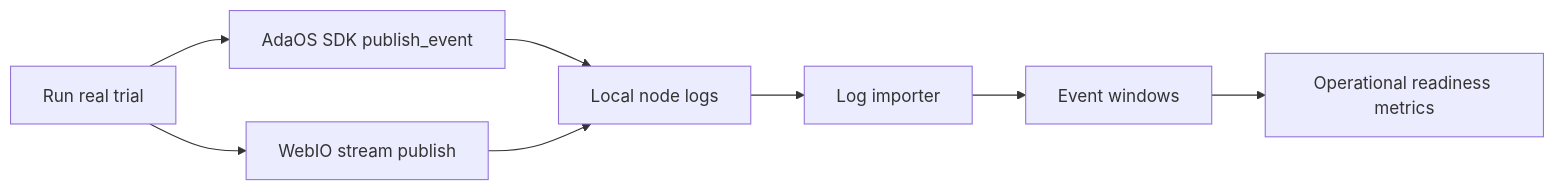
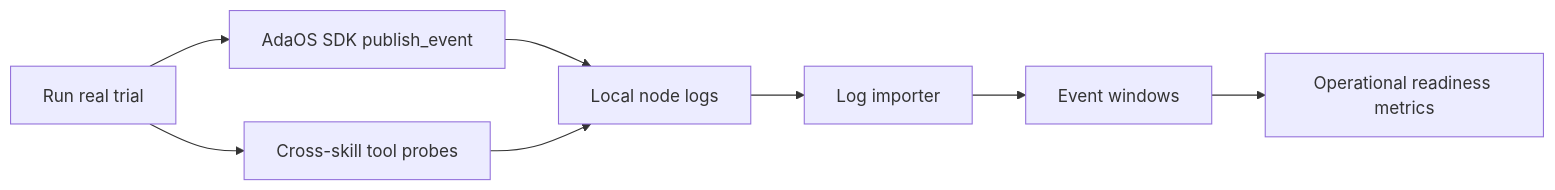
Before and after one commit to inimatic/adaos-registry: the fourth of 5 diagrams in skills/ai_event_analysis_skill/README.md, drawn with Mermaid. The commit also changed other lines of this file and 4 other files, not shown here.

````diff
--- a/skills/ai_event_analysis_skill/README.md
+++ b/skills/ai_event_analysis_skill/README.md
@@ -285,10 +286,10 @@
 ```mermaid
 flowchart LR
   A[Run real trial] --> B[AdaOS SDK publish_event]
-  A --> C[WebIO stream publish]
+  A --> C[Cross-skill tool probes]
   B --> D[Local node logs]
   C --> D
   D --> E[Log importer]
   E --> F[Event windows]
   F --> G[Operational readiness metrics]
 ```
````
